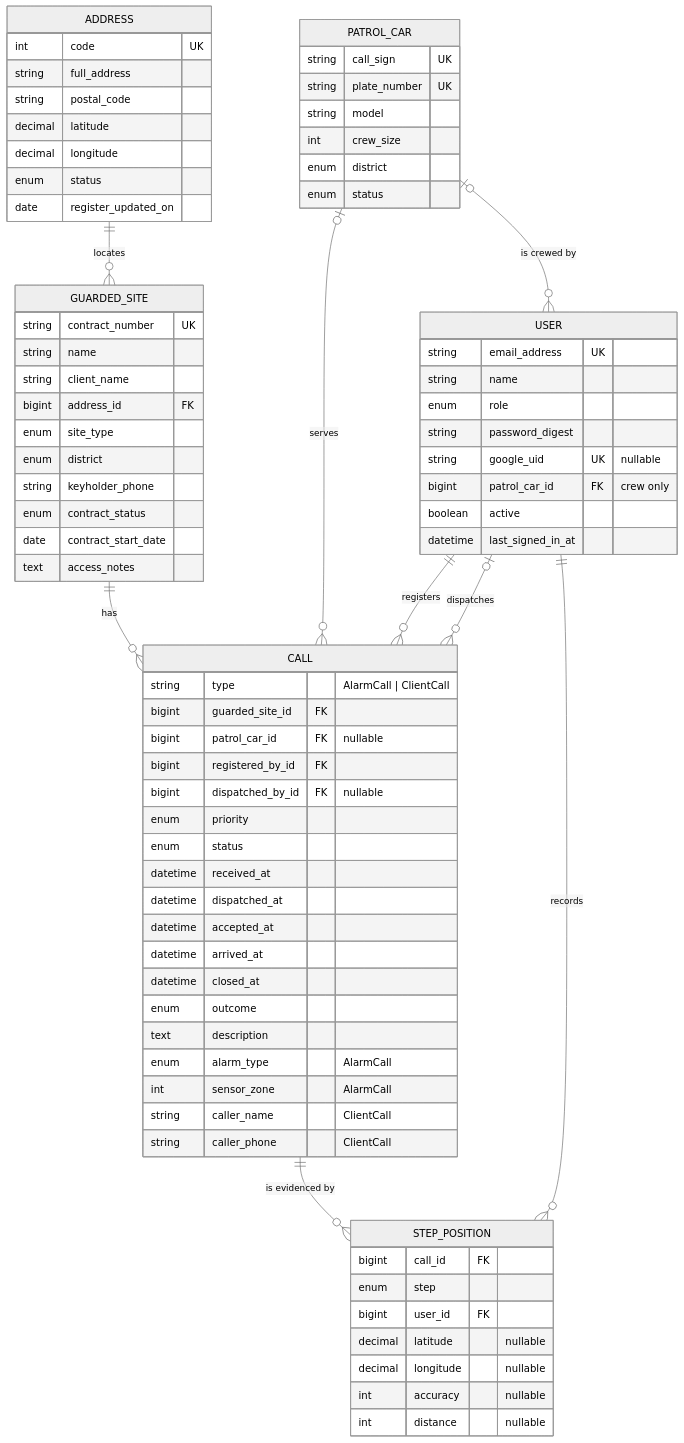
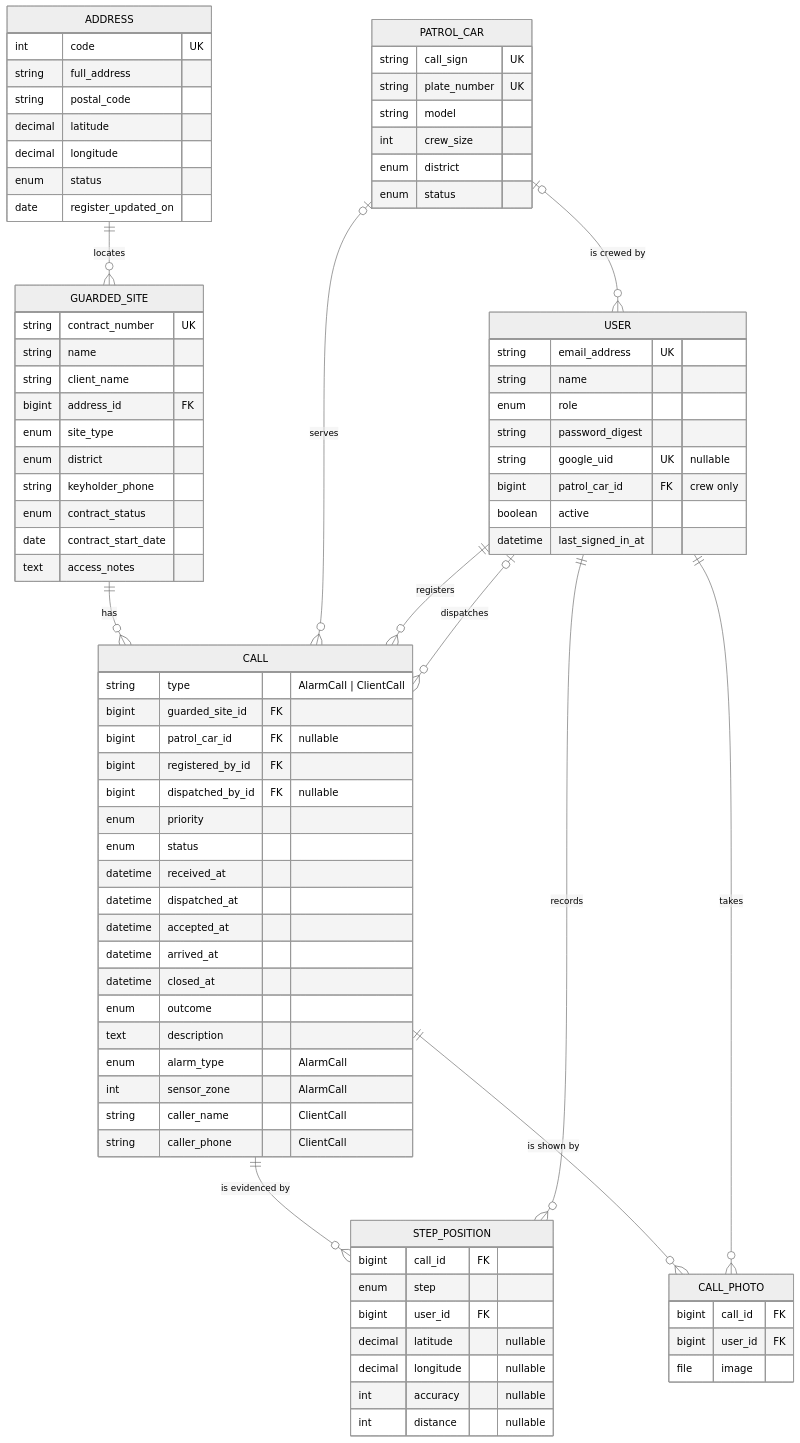
One commit to jromanovs/patrol-call-system changed the first of 2 diagrams in SPECIFICATION.md. Above: the diagram before and after it, drawn with Mermaid (neutral theme). The commit also changed other lines of this file, not shown here.

````diff
--- a/SPECIFICATION.md
+++ b/SPECIFICATION.md
@@ -202,6 +211,8 @@
     PATROL_CAR |o--o{ USER : "is crewed by"
     CALL ||--o{ STEP_POSITION : "is evidenced by"
     USER ||--o{ STEP_POSITION : "records"
+    CALL ||--o{ CALL_PHOTO : "is shown by"
+    USER ||--o{ CALL_PHOTO : "takes"
     ADDRESS {
         int code UK
         string full_address
@@ -270,4 +281,9 @@
         int accuracy "nullable"
         int distance "nullable"
     }
+    CALL_PHOTO {
+        bigint call_id FK
+        bigint user_id FK
+        file image
+    }
 ```
````
